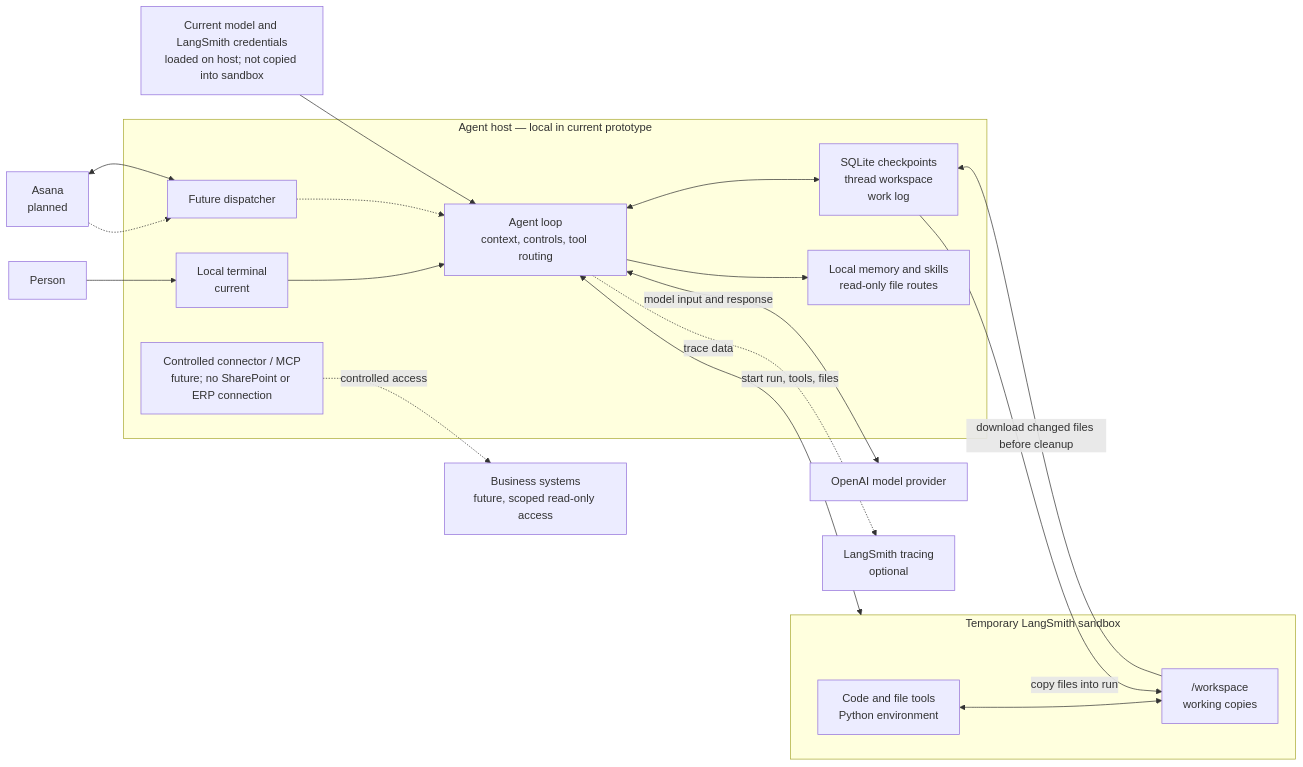
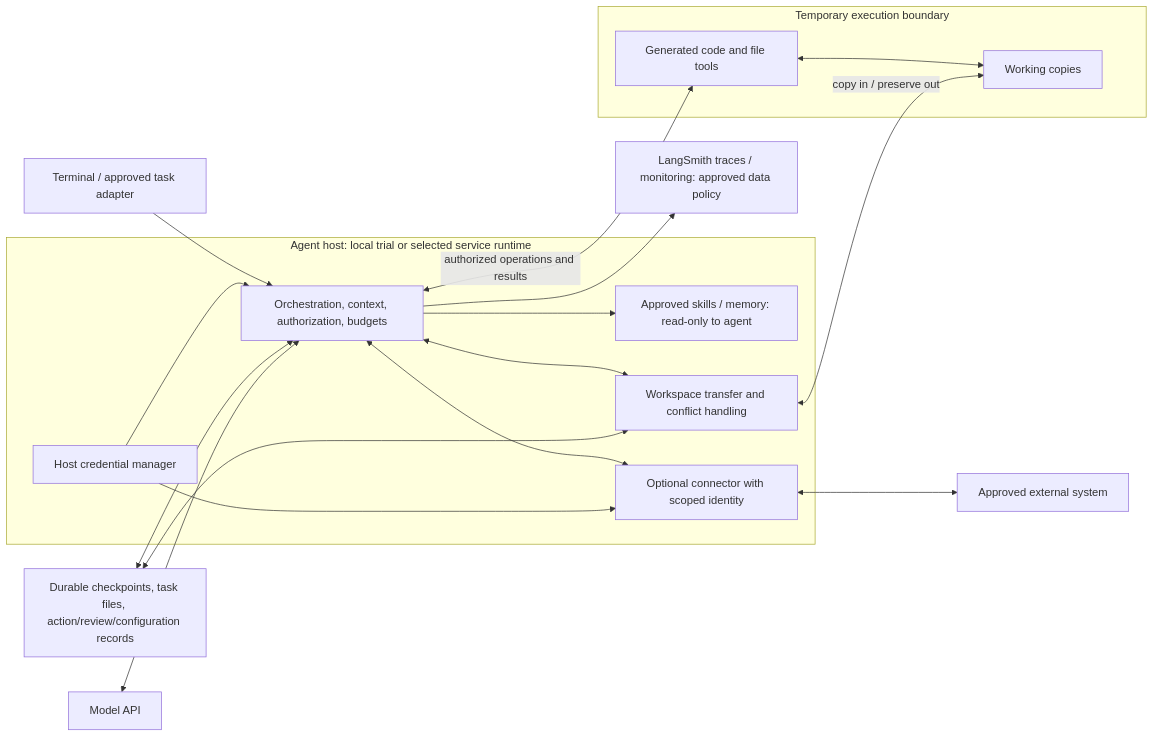
Before and after one commit to neil-yee/accounting-finance-agent: the fourth of 4 diagrams in docs/architecture.md, drawn with Mermaid. The commit also changed other lines of this file and 2 other files, not shown here.

Commit message:
docs: define target agent design before implementation assessment

````diff
--- a/docs/architecture.md
+++ b/docs/architecture.md
@@ -126,36 +109,26 @@
 ```mermaid
 flowchart LR
-    PERSON["Person"] --> TERMINAL["Local terminal<br/>current"]
-    ASANA["Asana<br/>planned"] -.-> DISPATCH["Future dispatcher"]
-
-    subgraph HOST["Agent host — local in current prototype"]
-      TERMINAL --> AGENT["Agent loop<br/>context, controls, tool routing"]
-      DISPATCH -.-> AGENT
-      STORE["SQLite checkpoints<br/>thread workspace<br/>work log"]
-      REFS["Local memory and skills<br/>read-only file routes"]
-      CONNECT["Controlled connector / MCP<br/>future; no SharePoint or ERP connection"]
-      AGENT <--> STORE
-      AGENT --> REFS
+    UI["Terminal / approved task adapter"] --> AGENT
+    subgraph HOST["Agent host: local trial or selected service runtime"]
+        AGENT["Orchestration, context, authorization, budgets"]
+        REFS["Approved skills / memory: read-only to agent"]
+        TRANSFER["Workspace transfer and conflict handling"]
+        CONNECTOR["Optional connector with scoped identity"]
+        SECRETS["Host credential manager"]
+        AGENT --> REFS
+        AGENT <--> TRANSFER
+        AGENT <--> CONNECTOR
+        SECRETS --> AGENT
+        SECRETS --> CONNECTOR
     end
-
-    MODEL["OpenAI model provider"]
-    TRACE["LangSmith tracing<br/>optional"]
-    AGENT <-->|"model input and response"| MODEL
-    AGENT -.->|"trace data"| TRACE
-
-    subgraph REMOTE["Temporary LangSmith sandbox"]
-      EXEC["Code and file tools<br/>Python environment"]
-      WS["/workspace<br/>working copies"]
-      EXEC <--> WS
+    DATA["Durable checkpoints, task files, action/review/configuration records"] <--> AGENT
+    DATA <--> TRANSFER
+    PROVIDER["Model API"] <--> AGENT
+    AGENT --> TRACE["LangSmith traces / monitoring: approved data policy"]
+    subgraph SBX["Temporary execution boundary"]
+        EXEC["Generated code and file tools"] <--> COPY["Working copies"]
     end
-    AGENT <-->|"start run, tools, files"| REMOTE
-    STORE -->|"copy files into run"| WS
-    WS -->|"download changed files before cleanup"| STORE
-
-    EXTERNAL["Business systems<br/>future, scoped read-only access"]
-    CONNECT -.->|"controlled access"| EXTERNAL
-    ASANA <--> DISPATCH
-
-    CREDENTIALS["Current model and LangSmith credentials<br/>loaded on host; not copied into sandbox"]
-    CREDENTIALS --> AGENT
+    AGENT <-->|"authorized operations and results"| EXEC
+    TRANSFER <-->|"copy in / preserve out"| COPY
+    CONNECTOR <--> REMOTE["Approved external system"]
 ```
````
